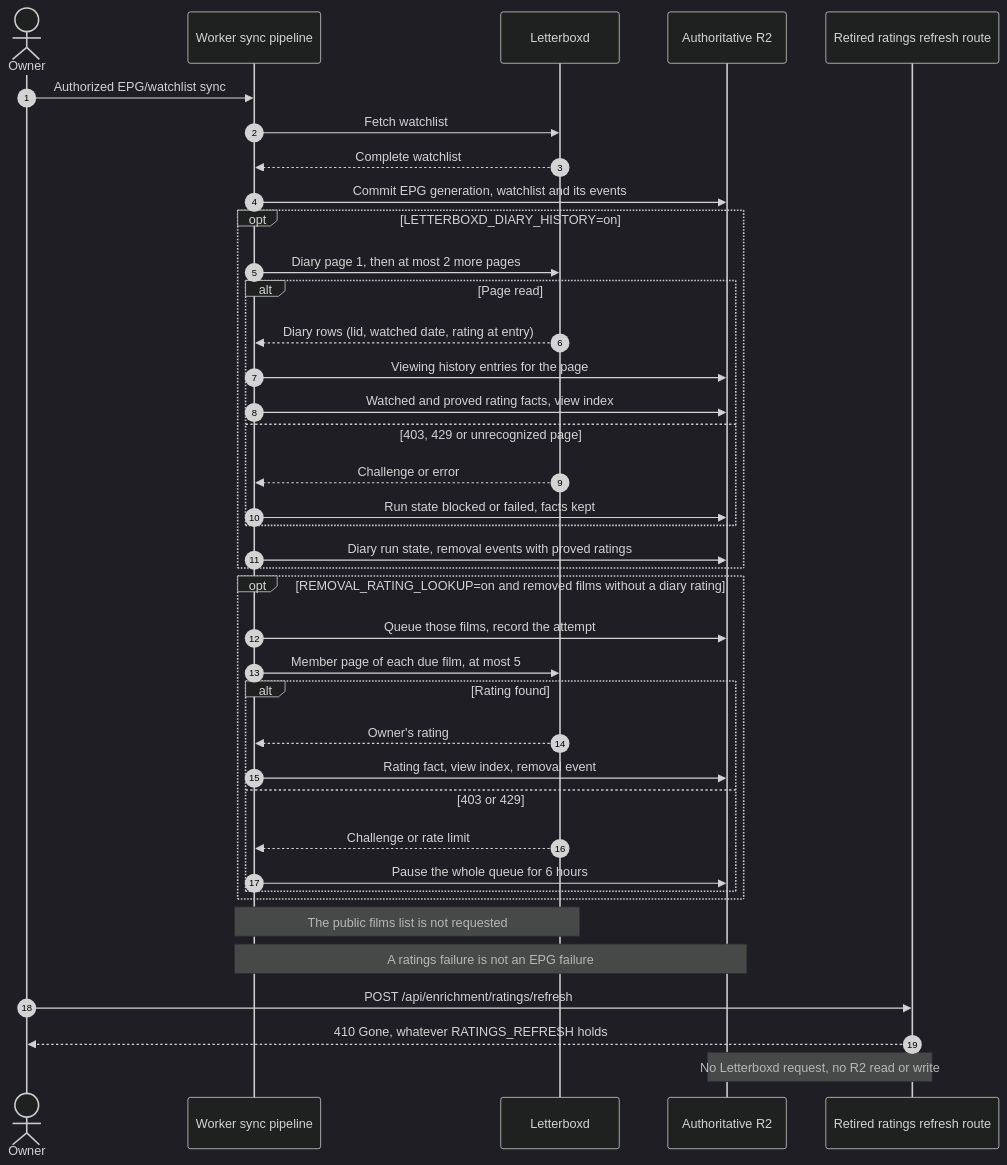
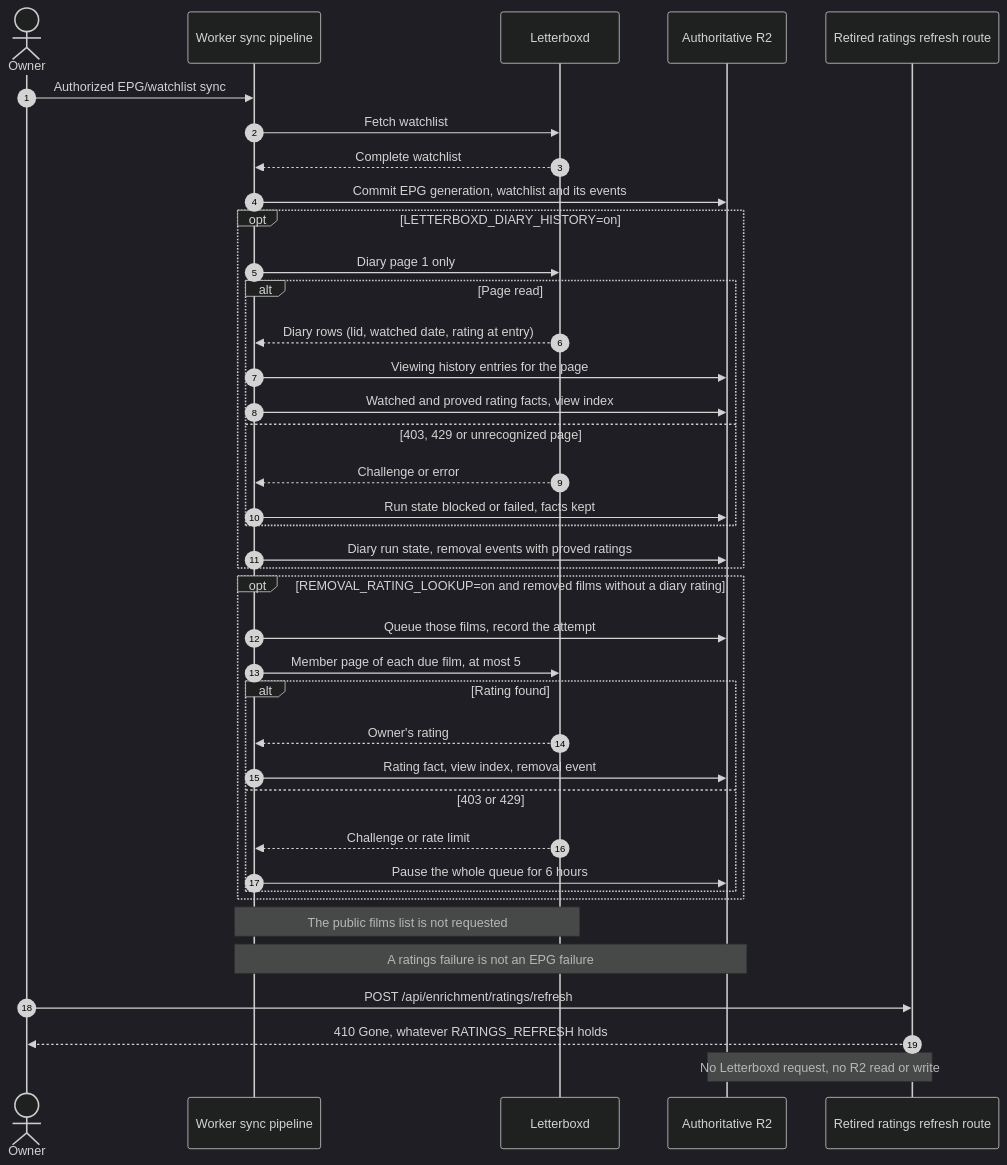
The first of 2 diagrams in docs/architecture/letterboxd-ingestion.md (vladimino/iptv-watchlist), drawn with Mermaid (dark theme) before and after one commit. The commit also changed other lines of this file and 24 other files, not shown here.

First line of the commit message:
AIR-304: read Diary page 1 only and use a visible rating

````diff
--- a/docs/architecture/letterboxd-ingestion.md
+++ b/docs/architecture/letterboxd-ingestion.md
@@ -5,41 +5,41 @@
 ```mermaid
 sequenceDiagram
     autonumber
     actor Owner
     participant Sync as Worker sync pipeline
     participant LB as Letterboxd
     participant R2 as Authoritative R2
     participant Retired as Retired ratings refresh route
     Owner->>Sync: Authorized EPG/watchlist sync
     Sync->>LB: Fetch watchlist
     LB-->>Sync: Complete watchlist
     Sync->>R2: Commit EPG generation, watchlist and its events
     opt LETTERBOXD_DIARY_HISTORY=on
-        Sync->>LB: Diary page 1, then at most 2 more pages
+        Sync->>LB: Diary page 1 only
         alt Page read
             LB-->>Sync: Diary rows (lid, watched date, rating at entry)
             Sync->>R2: Viewing history entries for the page
             Sync->>R2: Watched and proved rating facts, view index
         else 403, 429 or unrecognized page
             LB-->>Sync: Challenge or error
             Sync->>R2: Run state blocked or failed, facts kept
         end
         Sync->>R2: Diary run state, removal events with proved ratings
     end
     opt REMOVAL_RATING_LOOKUP=on and removed films without a diary rating
         Sync->>R2: Queue those films, record the attempt
         Sync->>LB: Member page of each due film, at most 5
         alt Rating found
             LB-->>Sync: Owner's rating
             Sync->>R2: Rating fact, view index, removal event
         else 403 or 429
             LB-->>Sync: Challenge or rate limit
             Sync->>R2: Pause the whole queue for 6 hours
         end
     end
     Note over Sync,LB: The public films list is not requested
     Note over Sync,R2: A ratings failure is not an EPG failure
     Owner->>Retired: POST /api/enrichment/ratings/refresh
     Retired-->>Owner: 410 Gone, whatever RATINGS_REFRESH holds
     Note over Retired,R2: No Letterboxd request, no R2 read or write
 ```
````
